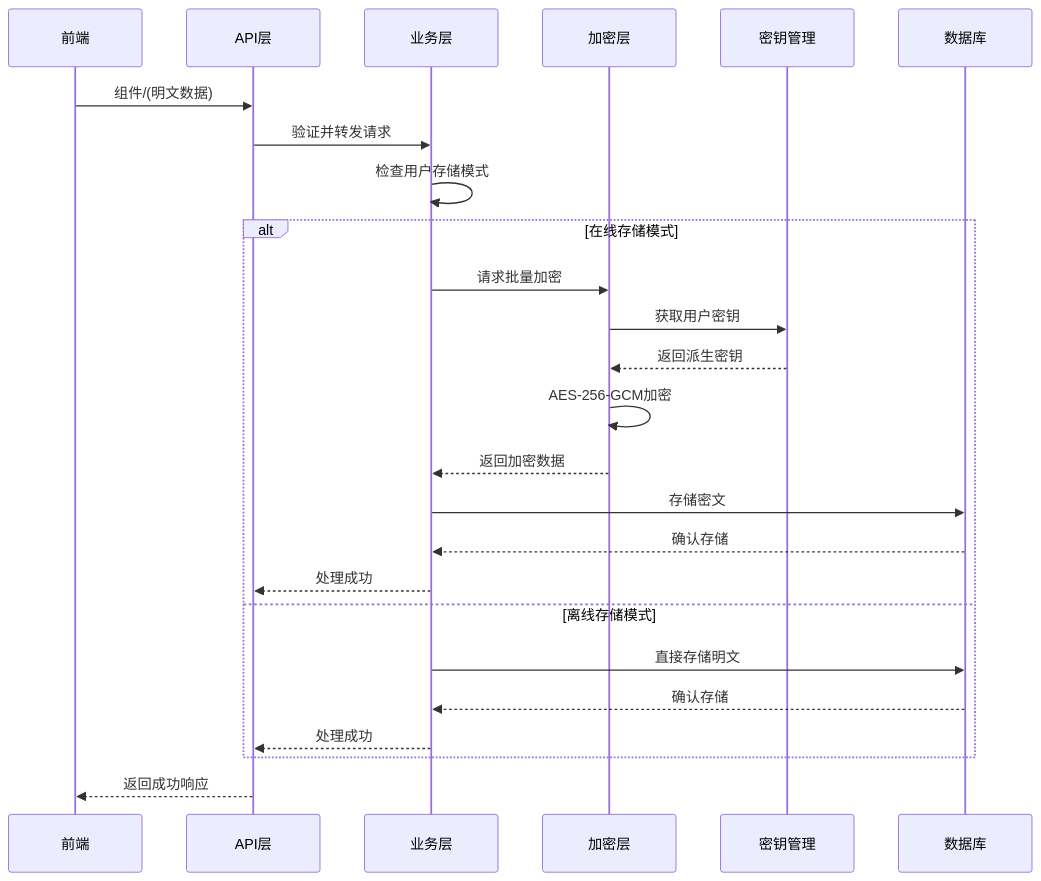
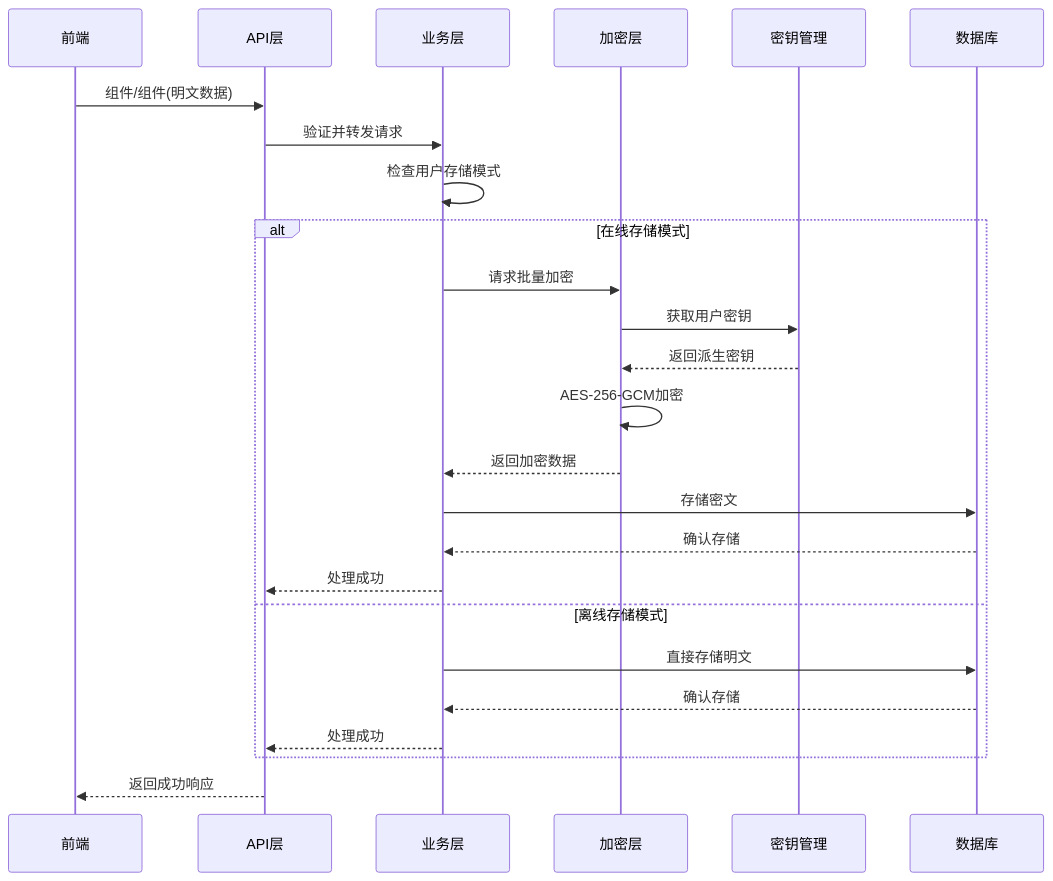
The diagram in all/未命名-1.md (yingjianzh/iodraw-files), drawn with Mermaid before and after one commit.

Commit message:
2025-09-01 15:59:08 update

````diff
--- a/all/未命名-1.md
+++ b/all/未命名-1.md
@@ -1,30 +1,30 @@
 ```mermaid
 sequenceDiagram
     participant F as 前端
     participant A as API层
     participant B as 业务层
     participant E as 加密层
     participant K as 密钥管理
     participant D as 数据库
     
-    F->>A: 组件/(明文数据)
+    F->>A: 组件/组件(明文数据)
     A->>B: 验证并转发请求
     B->>B: 检查用户存储模式
     
     alt 在线存储模式
         B->>E: 请求批量加密
         E->>K: 获取用户密钥
         K-->>E: 返回派生密钥
         E->>E: AES-256-GCM加密
         E-->>B: 返回加密数据
         B->>D: 存储密文
         D-->>B: 确认存储
         B-->>A: 处理成功
     else 离线存储模式
         B->>D: 直接存储明文
         D-->>B: 确认存储
         B-->>A: 处理成功
     end
     
     A-->>F: 返回成功响应
 ```
````
